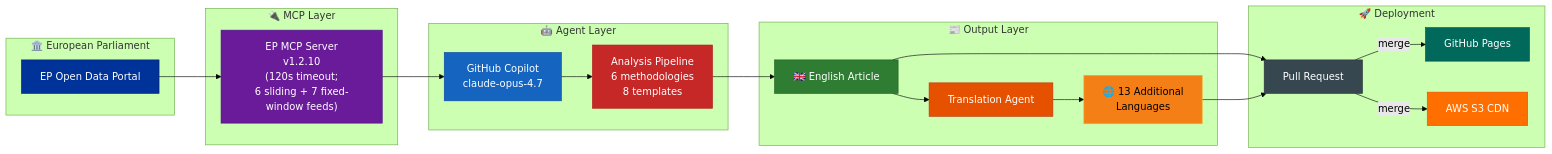
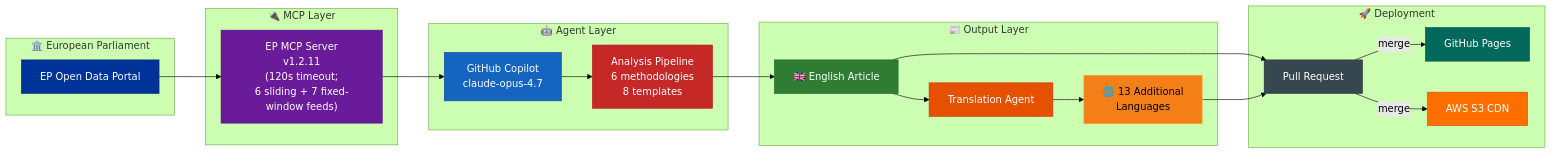
Before and after one commit to Hack23/euparliamentmonitor: diagram 22 of 22 in WORKFLOWS.md, drawn with Mermaid (forest theme). The commit also changed other lines of this file and 50 other files, not shown here.

````diff
--- a/WORKFLOWS.md
+++ b/WORKFLOWS.md
@@ -1865,42 +1865,42 @@
 ```mermaid
 flowchart LR
     subgraph "🏛️ European Parliament"
         EP["EP Open Data Portal"]
     end
 
     subgraph "🔌 MCP Layer"
-        MCP["EP MCP Server<br/>v1.2.10<br/>(120s timeout;<br/>6 sliding + 7 fixed-window feeds)"]
+        MCP["EP MCP Server<br/>v1.2.11<br/>(120s timeout;<br/>6 sliding + 7 fixed-window feeds)"]
     end
 
     subgraph "🤖 Agent Layer"
         Agent["GitHub Copilot<br/>claude-opus-4.7"]
         Analyze["Analysis Pipeline<br/>6 methodologies<br/>8 templates"]
     end
 
     subgraph "📰 Output Layer"
         EN["🇬🇧 English Article"]
         Translate["Translation Agent"]
         Multi["🌐 13 Additional<br/>Languages"]
     end
 
     subgraph "🚀 Deployment"
         PR["Pull Request"]
         Pages["GitHub Pages"]
         S3["AWS S3 CDN"]
     end
 
     EP --> MCP --> Agent --> Analyze --> EN --> PR
     EN --> Translate --> Multi --> PR
     PR --> |"merge"| Pages & S3
 
     style EP fill:#003399,stroke:#002266,color:#FFFFFF
     style MCP fill:#6A1B9A,stroke:#4A148C,color:#FFFFFF
     style Agent fill:#1565C0,stroke:#0D47A1,color:#FFFFFF
     style Analyze fill:#C62828,stroke:#B71C1C,color:#FFFFFF
     style EN fill:#2E7D32,stroke:#1B5E20,color:#FFFFFF
     style Translate fill:#E65100,stroke:#BF360C,color:#FFFFFF
     style Multi fill:#F57F17,stroke:#F9A825,color:#000000
     style PR fill:#37474F,stroke:#263238,color:#FFFFFF
     style Pages fill:#00695C,stroke:#004D40,color:#FFFFFF
     style S3 fill:#FF6F00,stroke:#E65100,color:#FFFFFF
 ```
````
